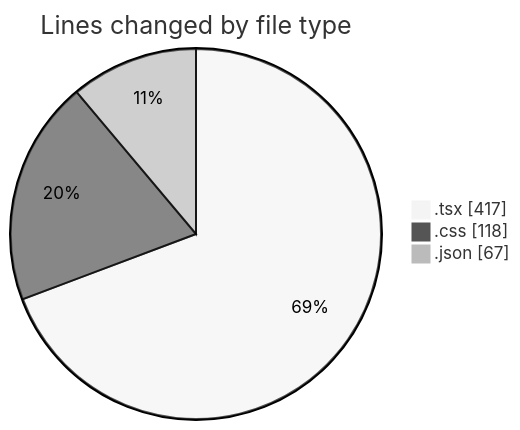
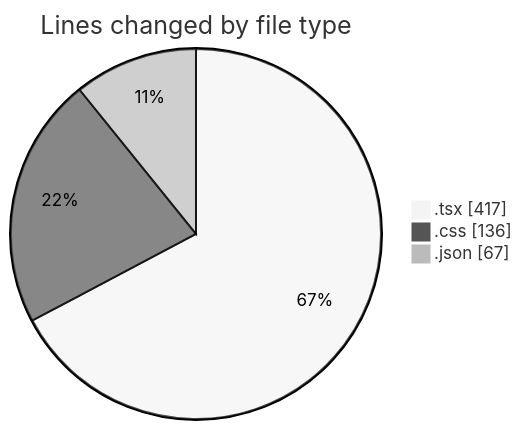
The first of 2 diagrams in 2025-01-08/mbc-web/README.md (robertbonfada/code-tracking), drawn with Mermaid (neutral theme) before and after one commit. The commit also changed other lines of this file and 1 other file, not shown here.

````diff
--- a/2025-01-08/mbc-web/README.md
+++ b/2025-01-08/mbc-web/README.md
@@ -32,7 +32,7 @@
 ```mermaid
 pie showData
 title Lines changed by file type
 ".tsx" : 417
-".css" : 118
+".css" : 136
 ".json" : 67
 ```
````
